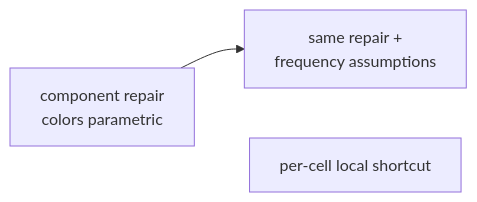
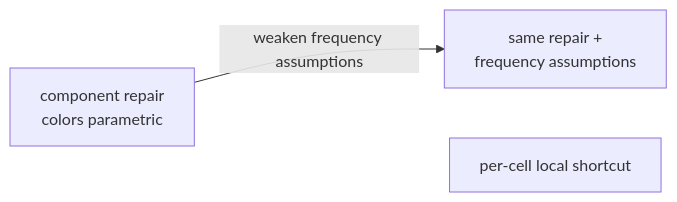
One commit to cristianoc/arc-challenge changed the eighth of 14 diagrams in miniARC/generalization_as_inductive_structure.md. Above: the diagram before and after it, drawn with Mermaid. The commit also changed other lines of this file, not shown here.

````diff
--- a/miniARC/generalization_as_inductive_structure.md
+++ b/miniARC/generalization_as_inductive_structure.md
@@ -204,5 +226,5 @@
 ```mermaid
 flowchart LR
-    S["component repair\ncolors parametric"] --> F["same repair +\nfrequency assumptions"]
+    S["component repair\ncolors parametric"] -->|"weaken frequency assumptions"| F["same repair +\nfrequency assumptions"]
     S ~~~ L["per-cell local shortcut"]
 ```
````
